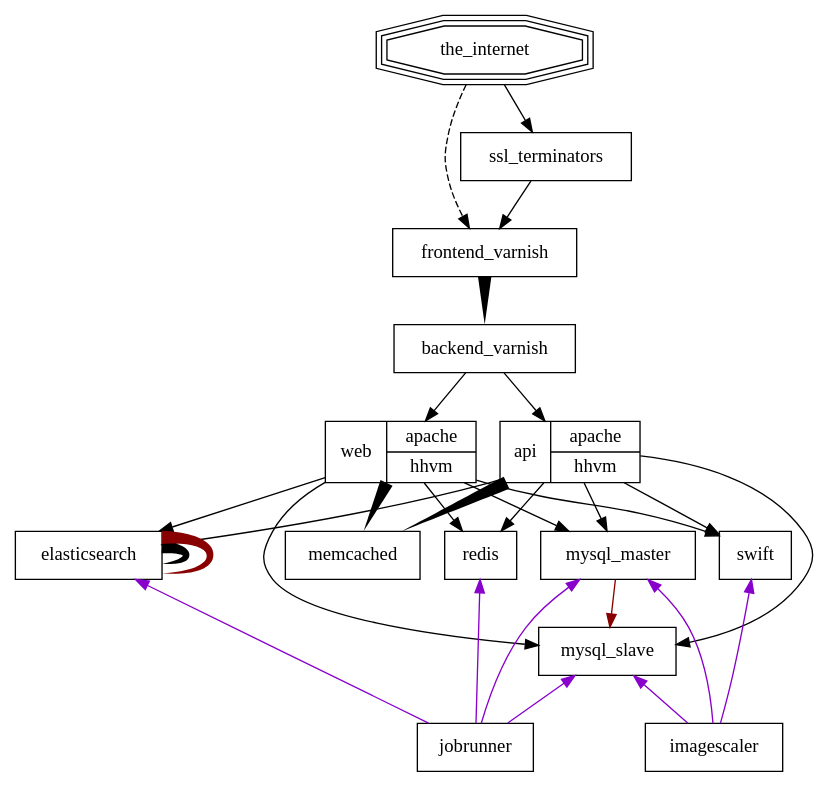
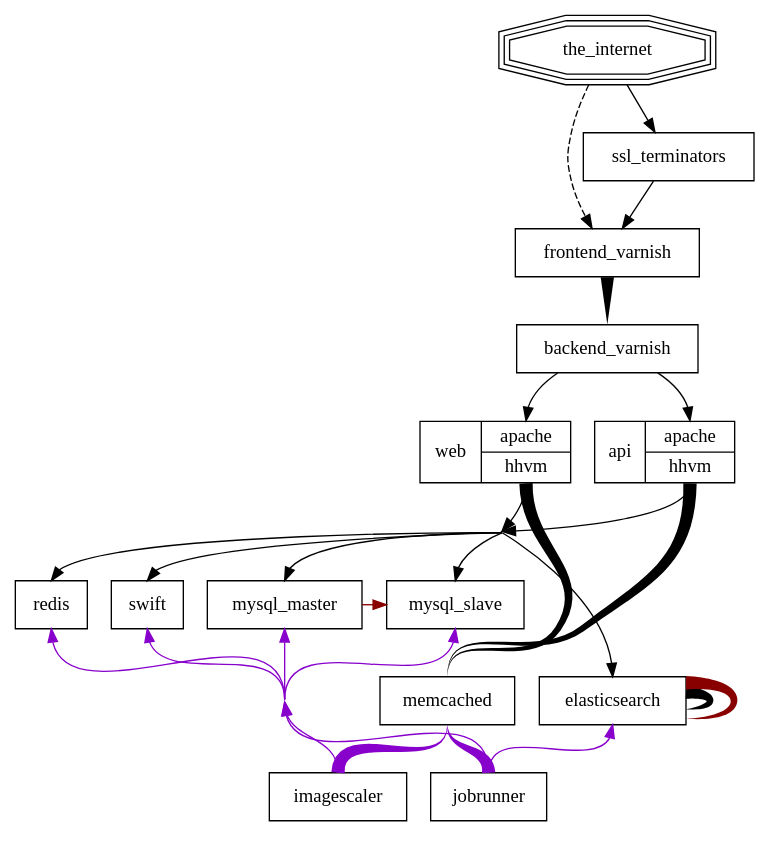
The diagram in diagram.dot (nik9000/wikimedia_diagram), drawn with Graphviz before and after one commit. The commit also changed 1 other file, not shown here.

Commit message:
better layout

```diff
--- a/diagram.dot
+++ b/diagram.dot
@@ -1,36 +1,54 @@
 digraph WMF {
-  splines=true;
-  sep = 1;
   node [shape=box];
   subgraph web_traffic {
     the_internet -> ssl_terminators;
     the_internet -> frontend_varnish [style=dashed];
     ssl_terminators -> frontend_varnish;
     frontend_varnish -> backend_varnish [style=tapered, penwidth=10, arrowhead=none];
-    backend_varnish -> {web:apache, api:hhvm};
-    {web:hhvm, api:hhvm} -> {mysql_master, mysql_slave, redis, elasticsearch, swift};
-    {web:hhvm, api:hhvm} -> memcached [style=tapered, penwidth=10, arrowhead=none];
+    backend_varnish -> {web, api} [headport="apache:n"];
+    {web, api} -> web_service_collector [tailport="hhvm:s"];
+    web_service_collector [shape=point, width=0];
+    web_service_collector -> {mysql_master, mysql_slave, redis, elasticsearch, swift} [headport="n"];
+    web_service_collector -> memcached [style=invis];
+    {web, api} -> memcached [tailport="hhvm:s", headport="n", style=tapered, penwidth=10, arrowhead=none];
     elasticsearch -> elasticsearch [style=tapered, penwidth=10, arrowhead=none];
   }
   subgraph jobs {
-    // These arrows are reversed so dot will throw these nodes under the web_traffic ones
-    edge [color="#8800cc", dir="back"]
-    {mysql_master, mysql_slave, redis, elasticsearch} -> jobrunner;
-    {mysql_master, mysql_slave, swift} -> imagescaler;
+    edge [color="#8800cc", constraint=false, tailport=n, headport=s]
+    // These edge defines all the layout
+    subgraph layout {
+      edge [style=invis, constraint=true];
+      {mysql_master, mysql_slave, redis, swift} -> job_service_collector -> {jobrunner, imagescaler};
+      {mysql_master, mysql_slave, redis, swift} -> memcached -> {jobrunner, imagescaler};
+      elasticsearch -> jobrunner;
+      job_service_collector -> job_es_spacer;
+      subgraph r {
+        rank=same;
+        jobrunner, imagescaler;
+      }
+    }
+
+    // These define the view
+    job_service_collector [shape=point, width=0];
+    job_es_spacer [shape=point, width=0];
+    job_memcached_spacer [shape=point, width=0];
+    {jobrunner, imagescaler} -> job_service_collector -> {mysql_master, mysql_slave, redis, swift};
+    jobrunner:n -> elasticsearch;
+    {jobrunner, imagescaler} -> memcached [style=tapered, penwidth=10, arrowhead=none];
     /*
      * While technically Elasticsearch does forward request to itself for jobs as well as web
      * traffic, it makes the graph really hard to read when its on there so I've commented it
      * out. Hopefully its still obvious.
      */
     // elasticsearch -> elasticsearch [dir="forward", style=tapered, penwidth=10, arrowhead=none];
   }
   subgraph replication {
     edge [color="#880000"]
-    mysql_master -> mysql_slave;
+    mysql_master -> mysql_slave [constraint=false];
     elasticsearch -> elasticsearch [style=tapered, penwidth=10, arrowhead=none];
   }
 
   the_internet [shape=tripleoctagon];
   web [shape=record, label="web | {<apache>apache | <hhvm>hhvm}"]
   api [shape=record, label="api | {<apache>apache | <hhvm>hhvm}"]
 }
```
